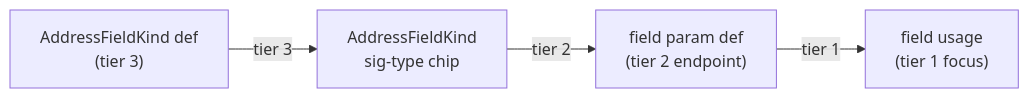
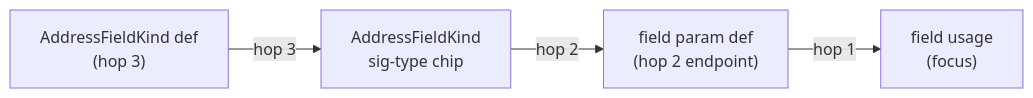
The diagram in docs/specs/system/preview-edges.trace-strength.supplement.md (matkleve/codegrapher), drawn with Mermaid before and after one commit. The commit also changed other lines of this file and 31 other files, not shown here.

````diff
--- a/docs/specs/system/preview-edges.trace-strength.supplement.md
+++ b/docs/specs/system/preview-edges.trace-strength.supplement.md
@@ -63,6 +111,6 @@
 ```mermaid
 flowchart LR
-  TDef["AddressFieldKind def<br/>(tier 3)"] -->|tier 3| TChip["AddressFieldKind<br/>sig-type chip"]
-  TChip -->|tier 2| PDef["field param def<br/>(tier 2 endpoint)"]
-  PDef -->|tier 1| Use["field usage<br/>(tier 1 focus)"]
+  TDef["AddressFieldKind def<br/>(hop 3)"] -->|hop 3| TChip["AddressFieldKind<br/>sig-type chip"]
+  TChip -->|hop 2| PDef["field param def<br/>(hop 2 endpoint)"]
+  PDef -->|hop 1| Use["field usage<br/>(focus)"]
 ```
````
